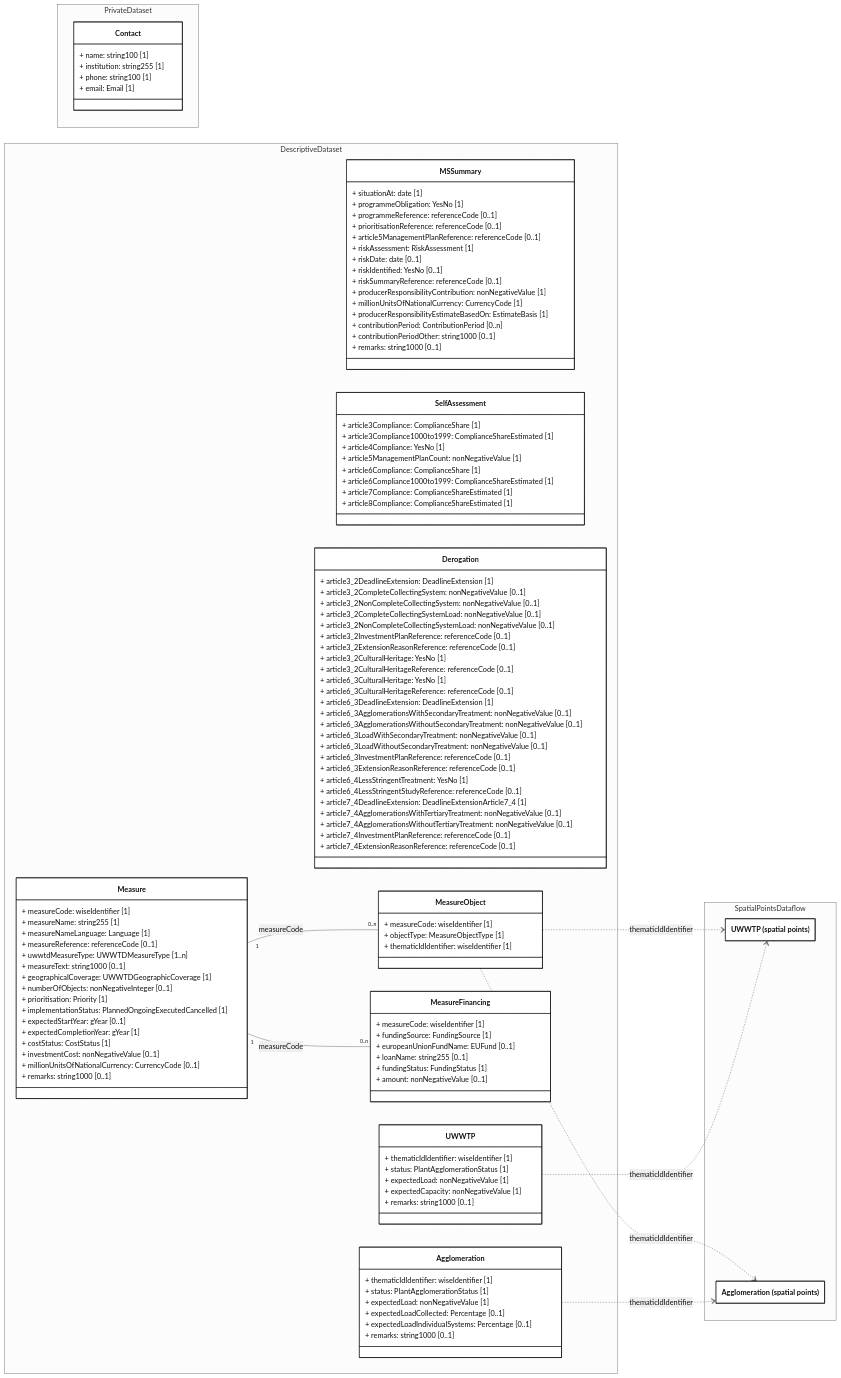
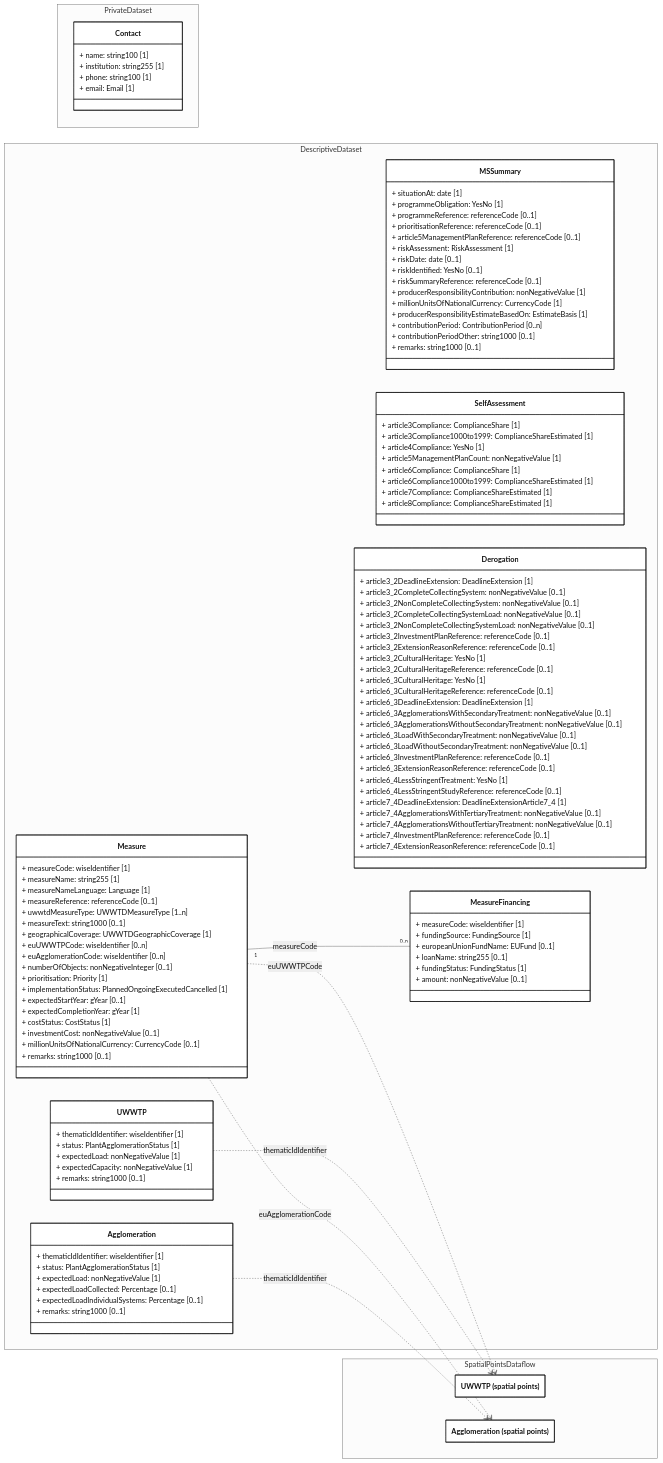
Before and after one commit to eeadata/WISE.UWWTD.Documentation: the diagram in docs/rUWWTD2024/Article23/mmd/Article23_Tables_ClassDiagram.mmd, drawn with Mermaid. The commit also changed 16 other files, not shown here.

```diff
--- a/docs/rUWWTD2024/Article23/mmd/Article23_Tables_ClassDiagram.mmd
+++ b/docs/rUWWTD2024/Article23/mmd/Article23_Tables_ClassDiagram.mmd
@@ -1,134 +1,130 @@
 ---
 config:
   class:
     hideEmptyMembersBox: true
   layout: dagre
   theme: neutral
 ---
 classDiagram
 direction LR
 
 namespace PrivateDataset {
     class Contact {
         + name: string100 [1]
         + institution: string255 [1]
         + phone: string100 [1]
         + email: Email [1]
     }
 }
 namespace DescriptiveDataset {
     class MSSummary {
         + situationAt: date [1]
         + programmeObligation: YesNo [1]
         + programmeReference: referenceCode [0..1]
         + prioritisationReference: referenceCode [0..1]
         + article5ManagementPlanReference: referenceCode [0..1]
         + riskAssessment: RiskAssessment [1]
         + riskDate: date [0..1]
         + riskIdentified: YesNo [0..1]
         + riskSummaryReference: referenceCode [0..1]
         + producerResponsibilityContribution: nonNegativeValue [1]
         + millionUnitsOfNationalCurrency: CurrencyCode [1]
         + producerResponsibilityEstimateBasedOn: EstimateBasis [1]
         + contributionPeriod: ContributionPeriod [0..n]
         + contributionPeriodOther: string1000 [0..1]
         + remarks: string1000 [0..1]
     }
     class SelfAssessment {
         + article3Compliance: ComplianceShare [1]
         + article3Compliance1000to1999: ComplianceShareEstimated [1]
         + article4Compliance: YesNo [1]
         + article5ManagementPlanCount: nonNegativeValue [1]
         + article6Compliance: ComplianceShare [1]
         + article6Compliance1000to1999: ComplianceShareEstimated [1]
         + article7Compliance: ComplianceShareEstimated [1]
         + article8Compliance: ComplianceShareEstimated [1]
     }
     class Derogation {
         + article3_2DeadlineExtension: DeadlineExtension [1]
         + article3_2CompleteCollectingSystem: nonNegativeValue [0..1]
         + article3_2NonCompleteCollectingSystem: nonNegativeValue [0..1]
         + article3_2CompleteCollectingSystemLoad: nonNegativeValue [0..1]
         + article3_2NonCompleteCollectingSystemLoad: nonNegativeValue [0..1]
         + article3_2InvestmentPlanReference: referenceCode [0..1]
         + article3_2ExtensionReasonReference: referenceCode [0..1]
         + article3_2CulturalHeritage: YesNo [1]
         + article3_2CulturalHeritageReference: referenceCode [0..1]
         + article6_3CulturalHeritage: YesNo [1]
         + article6_3CulturalHeritageReference: referenceCode [0..1]
         + article6_3DeadlineExtension: DeadlineExtension [1]
         + article6_3AgglomerationsWithSecondaryTreatment: nonNegativeValue [0..1]
         + article6_3AgglomerationsWithoutSecondaryTreatment: nonNegativeValue [0..1]
         + article6_3LoadWithSecondaryTreatment: nonNegativeValue [0..1]
         + article6_3LoadWithoutSecondaryTreatment: nonNegativeValue [0..1]
         + article6_3InvestmentPlanReference: referenceCode [0..1]
         + article6_3ExtensionReasonReference: referenceCode [0..1]
         + article6_4LessStringentTreatment: YesNo [1]
         + article6_4LessStringentStudyReference: referenceCode [0..1]
         + article7_4DeadlineExtension: DeadlineExtensionArticle7_4 [1]
         + article7_4AgglomerationsWithTertiaryTreatment: nonNegativeValue [0..1]
         + article7_4AgglomerationsWithoutTertiaryTreatment: nonNegativeValue [0..1]
         + article7_4InvestmentPlanReference: referenceCode [0..1]
         + article7_4ExtensionReasonReference: referenceCode [0..1]
     }
     class Measure {
         + measureCode: wiseIdentifier [1]
         + measureName: string255 [1]
         + measureNameLanguage: Language [1]
         + measureReference: referenceCode [0..1]
         + uwwtdMeasureType: UWWTDMeasureType [1..n]
         + measureText: string1000 [0..1]
         + geographicalCoverage: UWWTDGeographicCoverage [1]
+        + euUWWTPCode: wiseIdentifier [0..n]
+        + euAgglomerationCode: wiseIdentifier [0..n]
         + numberOfObjects: nonNegativeInteger [0..1]
         + prioritisation: Priority [1]
         + implementationStatus: PlannedOngoingExecutedCancelled [1]
         + expectedStartYear: gYear [0..1]
         + expectedCompletionYear: gYear [1]
         + costStatus: CostStatus [1]
         + investmentCost: nonNegativeValue [0..1]
         + millionUnitsOfNationalCurrency: CurrencyCode [0..1]
         + remarks: string1000 [0..1]
-    }
-    class MeasureObject {
-        + measureCode: wiseIdentifier [1]
-        + objectType: MeasureObjectType [1]
-        + thematicIdIdentifier: wiseIdentifier [1]
     }
     class MeasureFinancing {
         + measureCode: wiseIdentifier [1]
         + fundingSource: FundingSource [1]
         + europeanUnionFundName: EUFund [0..1]
         + loanName: string255 [0..1]
         + fundingStatus: FundingStatus [1]
         + amount: nonNegativeValue [0..1]
     }
     class UWWTP {
         + thematicIdIdentifier: wiseIdentifier [1]
         + status: PlantAgglomerationStatus [1]
         + expectedLoad: nonNegativeValue [1]
         + expectedCapacity: nonNegativeValue [1]
         + remarks: string1000 [0..1]
     }
     class Agglomeration {
         + thematicIdIdentifier: wiseIdentifier [1]
         + status: PlantAgglomerationStatus [1]
         + expectedLoad: nonNegativeValue [1]
         + expectedLoadCollected: Percentage [0..1]
         + expectedLoadIndividualSystems: Percentage [0..1]
         + remarks: string1000 [0..1]
     }
 }
 namespace SpatialPointsDataflow {
     class SpatialUWWTP["UWWTP (spatial points)"]
     class SpatialAgglomeration["Agglomeration (spatial points)"]
 }
 
-Measure "1" -- "0..n" MeasureObject : measureCode
 Measure "1" -- "0..n" MeasureFinancing : measureCode
-MeasureObject ..> SpatialUWWTP : thematicIdIdentifier
-MeasureObject ..> SpatialAgglomeration : thematicIdIdentifier
+Measure ..> SpatialUWWTP : euUWWTPCode
+Measure ..> SpatialAgglomeration : euAgglomerationCode
 UWWTP ..> SpatialUWWTP : thematicIdIdentifier
 Agglomeration ..> SpatialAgglomeration : thematicIdIdentifier
 
 classDef default fill:white,stroke:#000;
 classDef forFixing fill:white,stroke:#f00;
```
